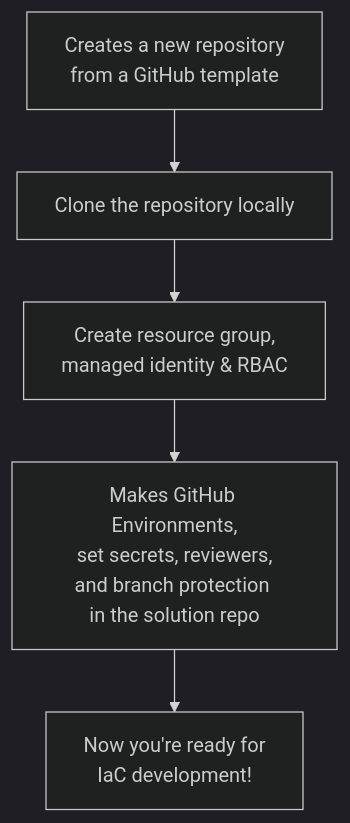
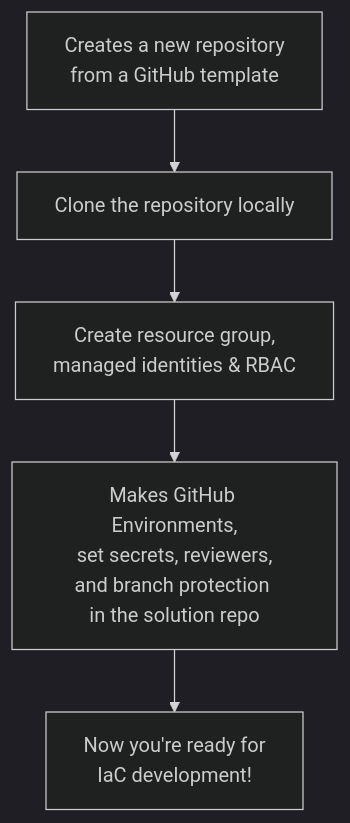
The diagram in README.md (kewalaka/az-bootstrap), drawn with Mermaid (dark theme) before and after one commit. The commit also changed other lines of this file and 4 other files, not shown here.

````diff
--- a/README.md
+++ b/README.md
@@ -16,7 +16,7 @@
 ```mermaid
 flowchart TD
     A[Creates a new repository<br/> from a GitHub template] --> B[Clone the repository locally]
-    B --> C[Create resource group, <br/>managed identity & RBAC]
+    B --> C[Create resource group, <br/>managed identities & RBAC]
     C --> D[Makes GitHub Environments,<br/>set secrets, reviewers,<br/>and branch protection <br/>in the solution repo]
     D --> E[Now you're ready for<br/>IaC development!]
 ```
````
